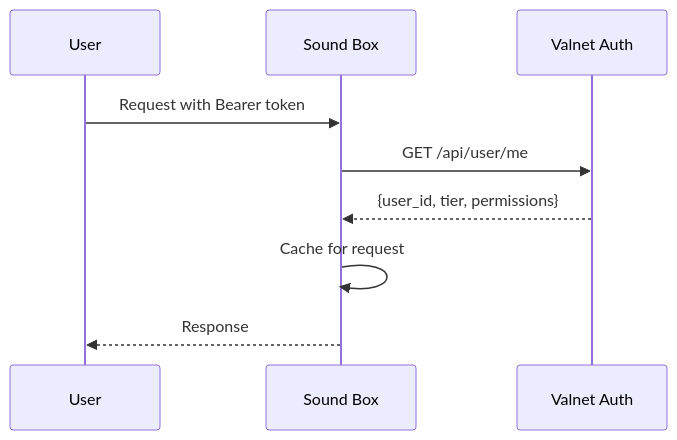
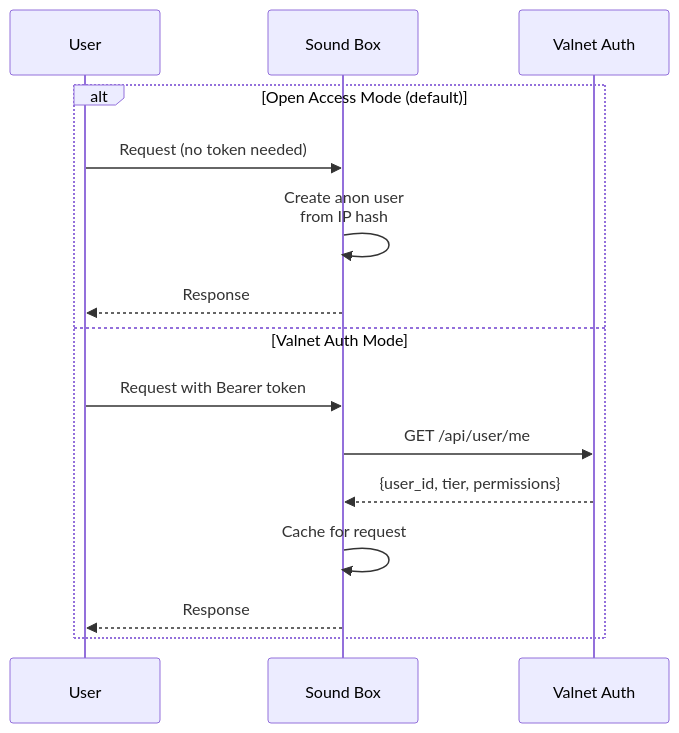
One commit to Valpatel/app-soundbox changed the diagram in docs/systems/authentication.md. Above: the diagram before and after it, drawn with Mermaid. The commit also changed other lines of this file and 26 other files, not shown here.

````diff
--- a/docs/systems/authentication.md
+++ b/docs/systems/authentication.md
@@ -5,12 +5,18 @@
 ```mermaid
 sequenceDiagram
     participant U as User
     participant S as Sound Box
     participant V as Valnet Auth
 
-    U->>S: Request with Bearer token
-    S->>V: GET /api/user/me
-    V-->>S: {user_id, tier, permissions}
-    S->>S: Cache for request
-    S-->>U: Response
+    alt Open Access Mode (default)
+        U->>S: Request (no token needed)
+        S->>S: Create anon user<br/>from IP hash
+        S-->>U: Response
+    else Valnet Auth Mode
+        U->>S: Request with Bearer token
+        S->>V: GET /api/user/me
+        V-->>S: {user_id, tier, permissions}
+        S->>S: Cache for request
+        S-->>U: Response
+    end
 ```
````
